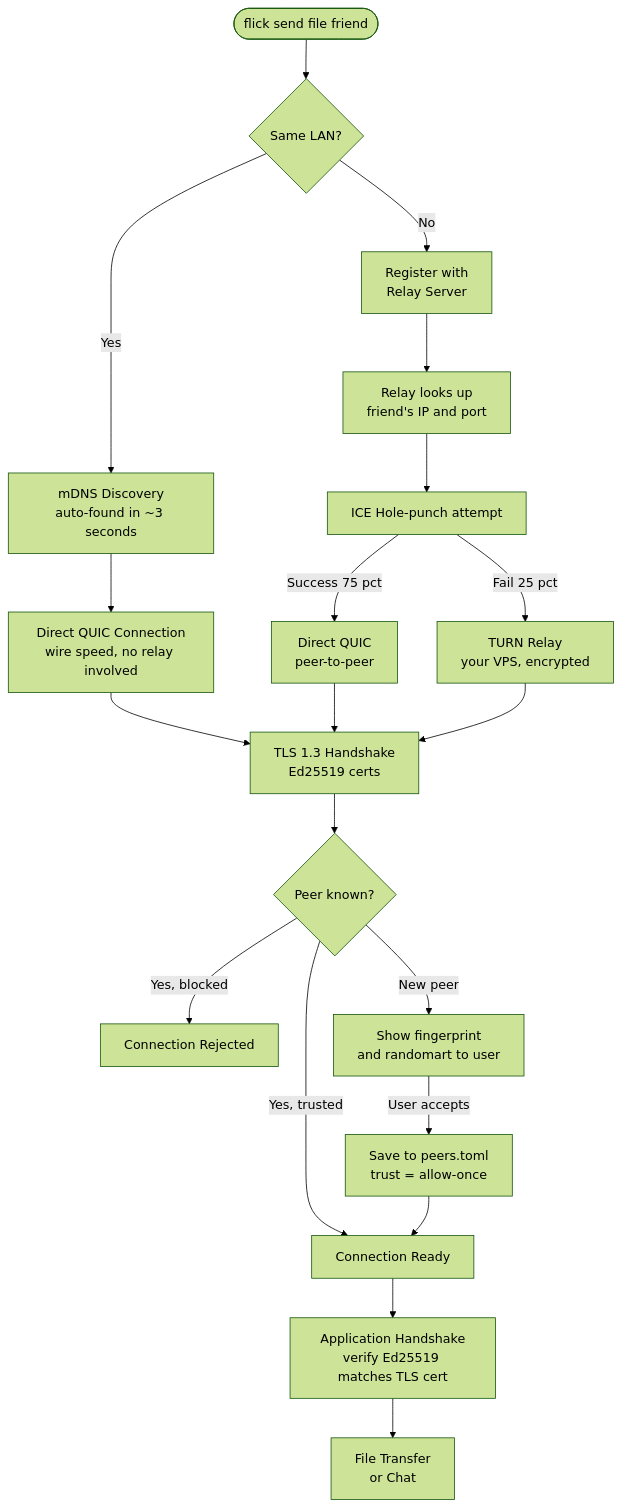
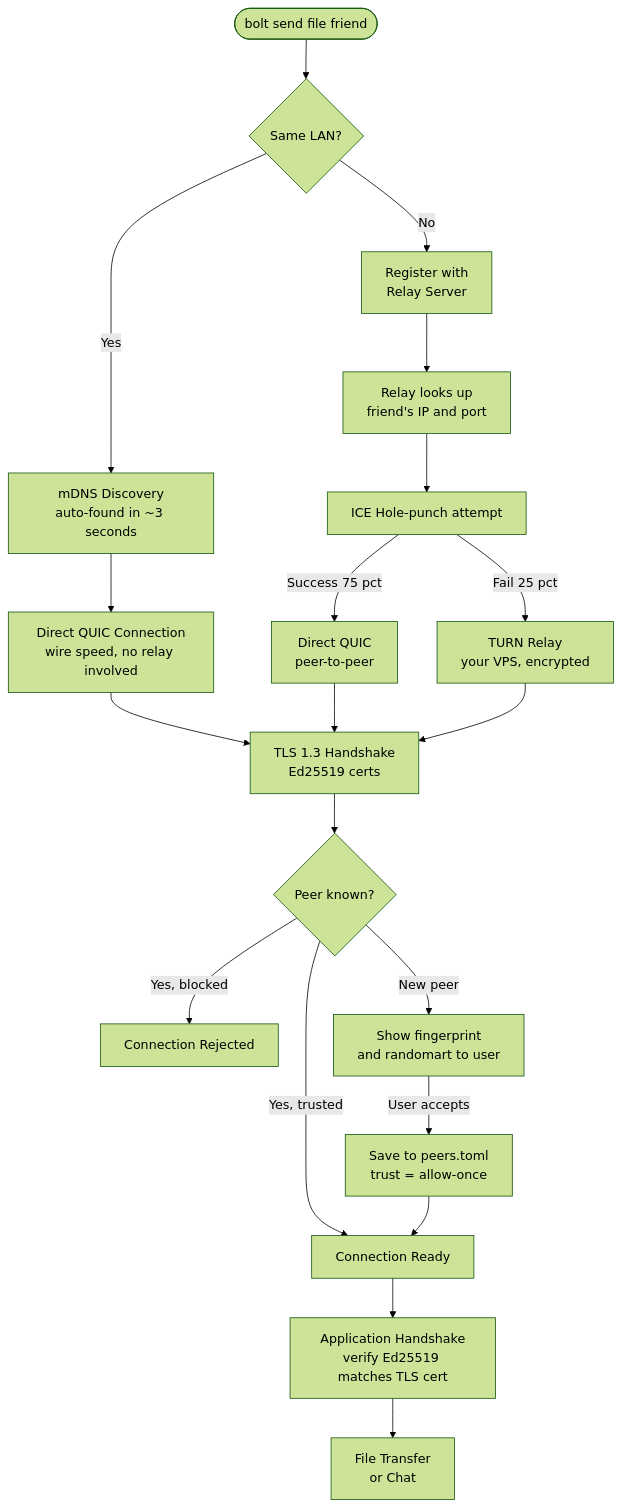
Before and after one commit to g-savitha/bolt: the second of 6 diagrams in architecture.md, drawn with Mermaid (forest theme). The commit also changed other lines of this file and 19 other files, not shown here.

Commit message:
chore: rename flick → bolt across repo

````diff
--- a/architecture.md
+++ b/architecture.md
@@ -71,30 +71,30 @@
 ```mermaid
 flowchart TD
-    START([flick send file friend]) --> CHECK{Same LAN?}
+    START([bolt send file friend]) --> CHECK{Same LAN?}
 
     CHECK -->|Yes| MDNS_PATH[mDNS Discovery\nauto-found in ~3 seconds]
     CHECK -->|No| RELAY_PATH[Register with\nRelay Server]
 
     MDNS_PATH --> DIRECT[Direct QUIC Connection\nwire speed, no relay involved]
 
     RELAY_PATH --> LOOKUP[Relay looks up\nfriend's IP and port]
     LOOKUP --> ICE_TRY[ICE Hole-punch attempt]
 
     ICE_TRY -->|Success 75 pct| DIRECT_NET[Direct QUIC\npeer-to-peer]
     ICE_TRY -->|Fail 25 pct| TURN_RELAY[TURN Relay\nyour VPS, encrypted]
 
     DIRECT --> AUTH
     DIRECT_NET --> AUTH
     TURN_RELAY --> AUTH
 
     AUTH[TLS 1.3 Handshake\nEd25519 certs] --> TOFU{Peer known?}
 
     TOFU -->|Yes, trusted| READY[Connection Ready]
     TOFU -->|Yes, blocked| REJECT[Connection Rejected]
     TOFU -->|New peer| PROMPT[Show fingerprint\nand randomart to user]
     PROMPT -->|User accepts| SAVE[Save to peers.toml\ntrust = allow-once]
     SAVE --> READY
 
     READY --> APPHS[Application Handshake\nverify Ed25519 matches TLS cert]
     APPHS --> TRANSFER[File Transfer\nor Chat]
 ```
````
